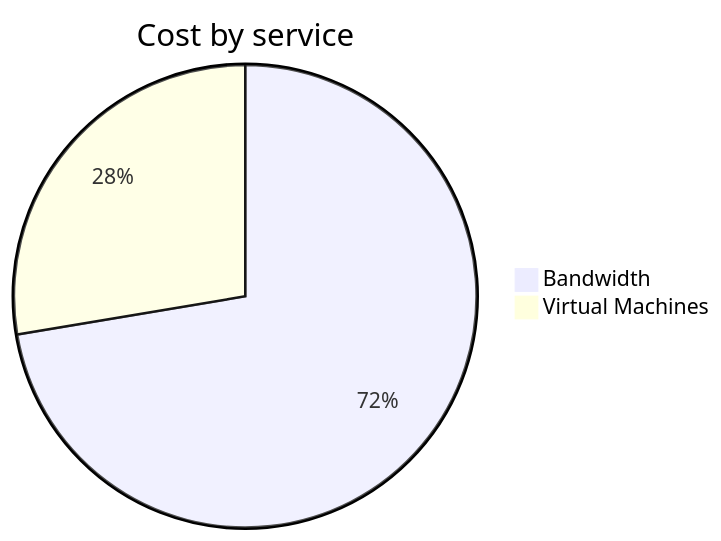
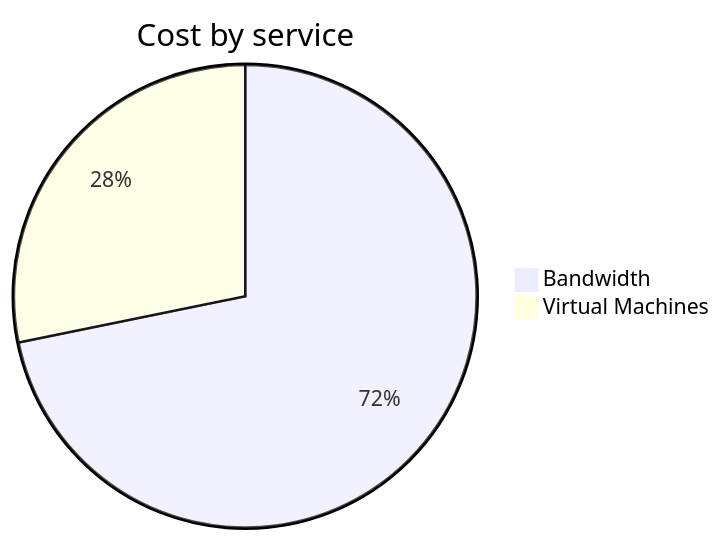
Before and after one commit to jpfulton/azure-personal-reports: the second of 4 diagrams in cost-reports/personal-network/vpn-server.md, drawn with Mermaid. The commit also changed other lines of this file and 8 other files, not shown here.

````diff
--- a/cost-reports/personal-network/vpn-server.md
+++ b/cost-reports/personal-network/vpn-server.md
@@ -96,6 +96,6 @@
 ```mermaid
 pie
    title Cost by service
-   "Bandwidth" : 15.78
-   "Virtual Machines" : 6.03
+   "Bandwidth" : 15.86
+   "Virtual Machines" : 6.23
 ```
````
